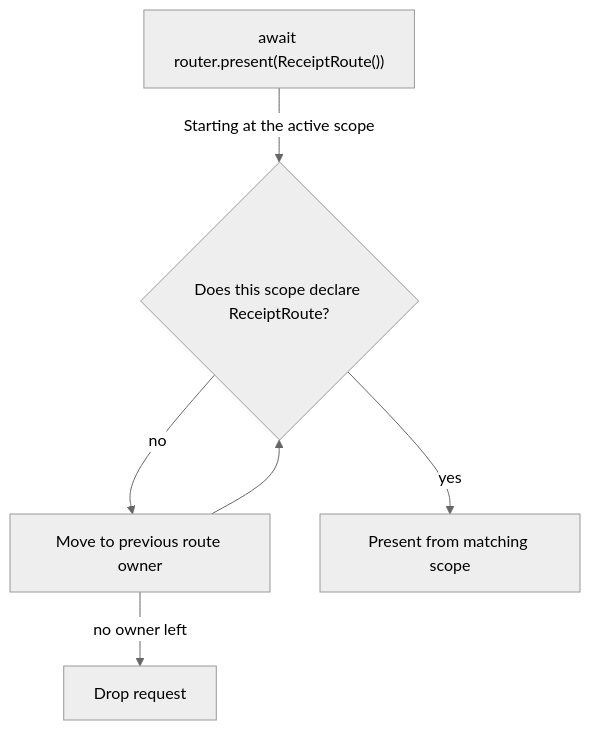
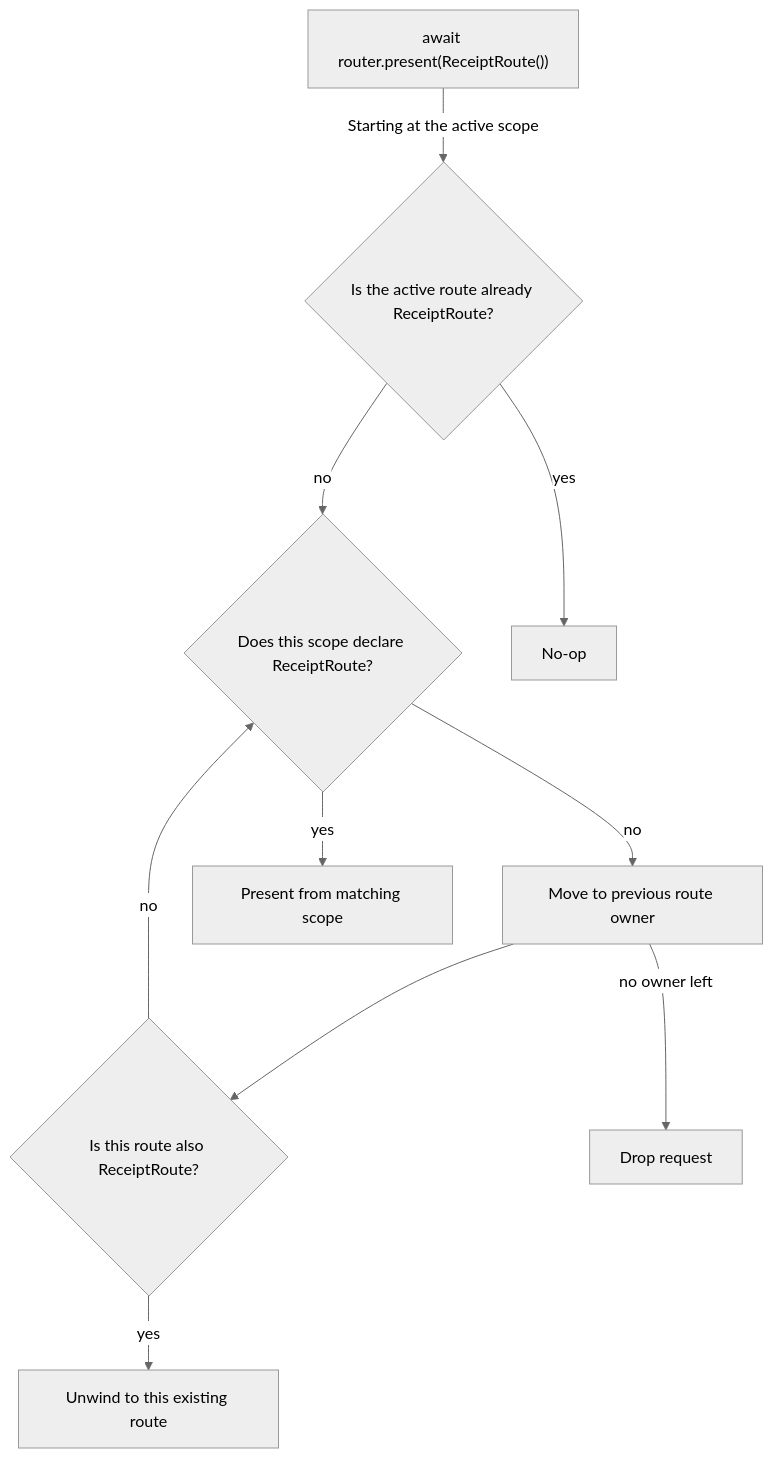
The first of 3 diagrams in README.md (mtzaquia/departure), drawn with Mermaid (neutral theme) before and after one commit. The commit also changed other lines of this file and 12 other files, not shown here.

````diff
--- a/README.md
+++ b/README.md
@@ -243,13 +243,21 @@
 ```mermaid
 flowchart TD
     request["await router.present(ReceiptRoute())"]
+    current{"Is the active route already ReceiptRoute?"}
     owns{"Does this scope declare ReceiptRoute?"}
     previous["Move to previous route owner"]
+    sameRoute{"Is this route also ReceiptRoute?"}
     present["Present from matching scope"]
+    unwind["Unwind to this existing route"]
+    noop["No-op"]
     drop["Drop request"]
 
-    request -- Starting at the active scope --> owns
+    request -- Starting at the active scope --> current
+    current -- yes --> noop
+    current -- no --> owns
     owns -- yes --> present
-    owns -- no --> previous --> owns
+    owns -- no --> previous --> sameRoute
+    sameRoute -- yes --> unwind
+    sameRoute -- no --> owns
     previous -- no owner left --> drop
 ```
````
